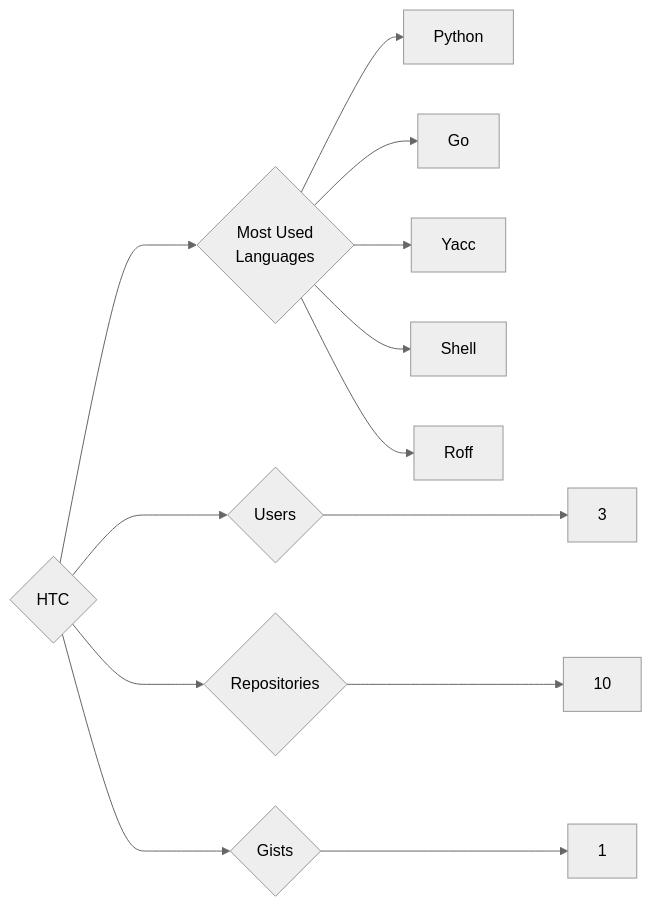
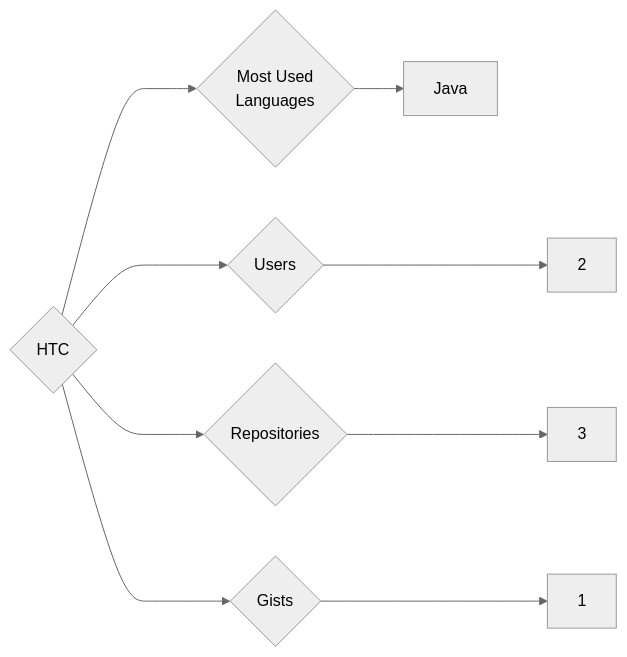
One commit to trickest/insiders changed the diagram in targets/HTC/README.md. Above: the diagram before and after it, drawn with Mermaid (neutral theme). The commit also changed 809 other files, not shown here.

````diff
--- a/targets/HTC/README.md
+++ b/targets/HTC/README.md
@@ -3,13 +3,9 @@
 ```mermaid
 graph LR
 COMPANY_NAME{HTC}
-COMPANY_NAME ---> U{Users} ---> UN[3]
-COMPANY_NAME ---> R{Repositories} ---> RN[10]
+COMPANY_NAME ---> U{Users} ---> UN[2]
+COMPANY_NAME ---> R{Repositories} ---> RN[3]
 COMPANY_NAME ---> G{Gists} ---> GN[1]
 COMPANY_NAME ---> ML{Most Used<br>Languages}
-ML --> Python[Python]
-ML --> Go[Go]
-ML --> Yacc[Yacc]
-ML --> Shell[Shell]
-ML --> Roff[Roff]
+ML --> Java[Java]
 ```
````
